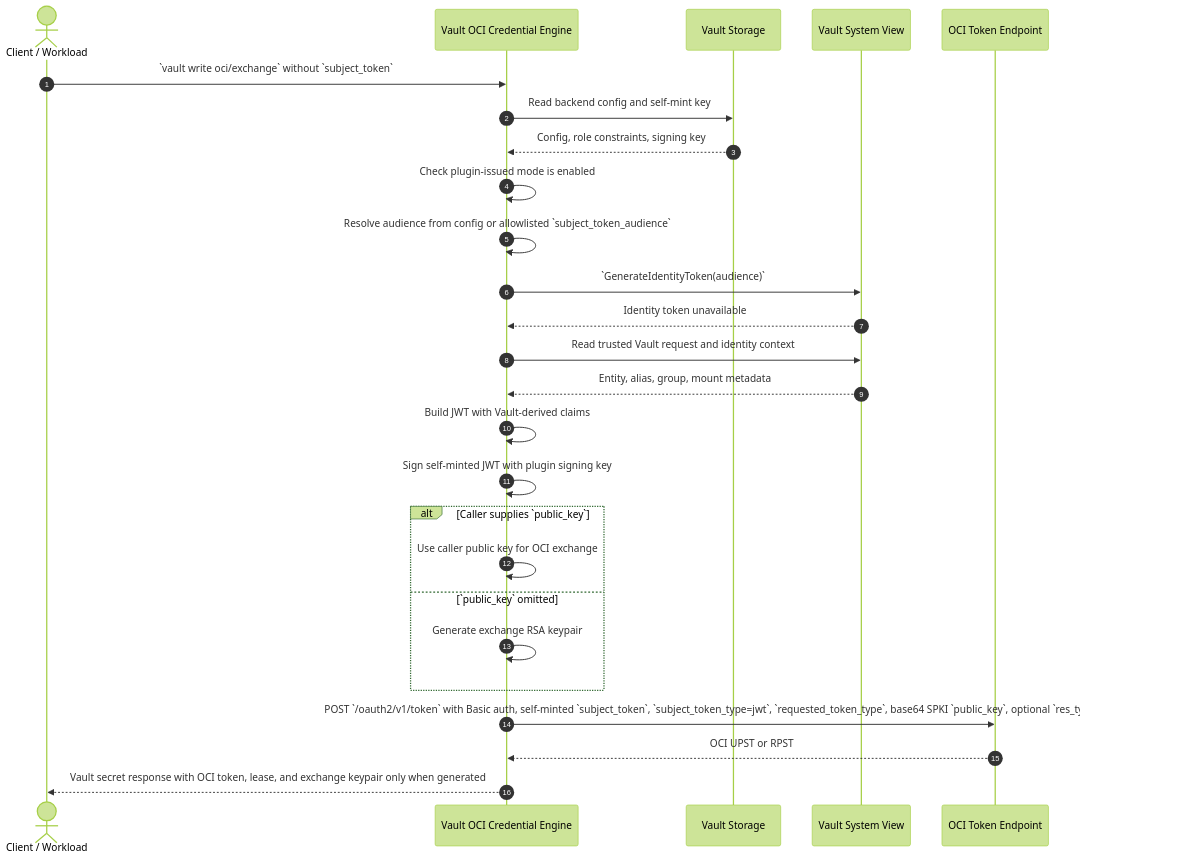
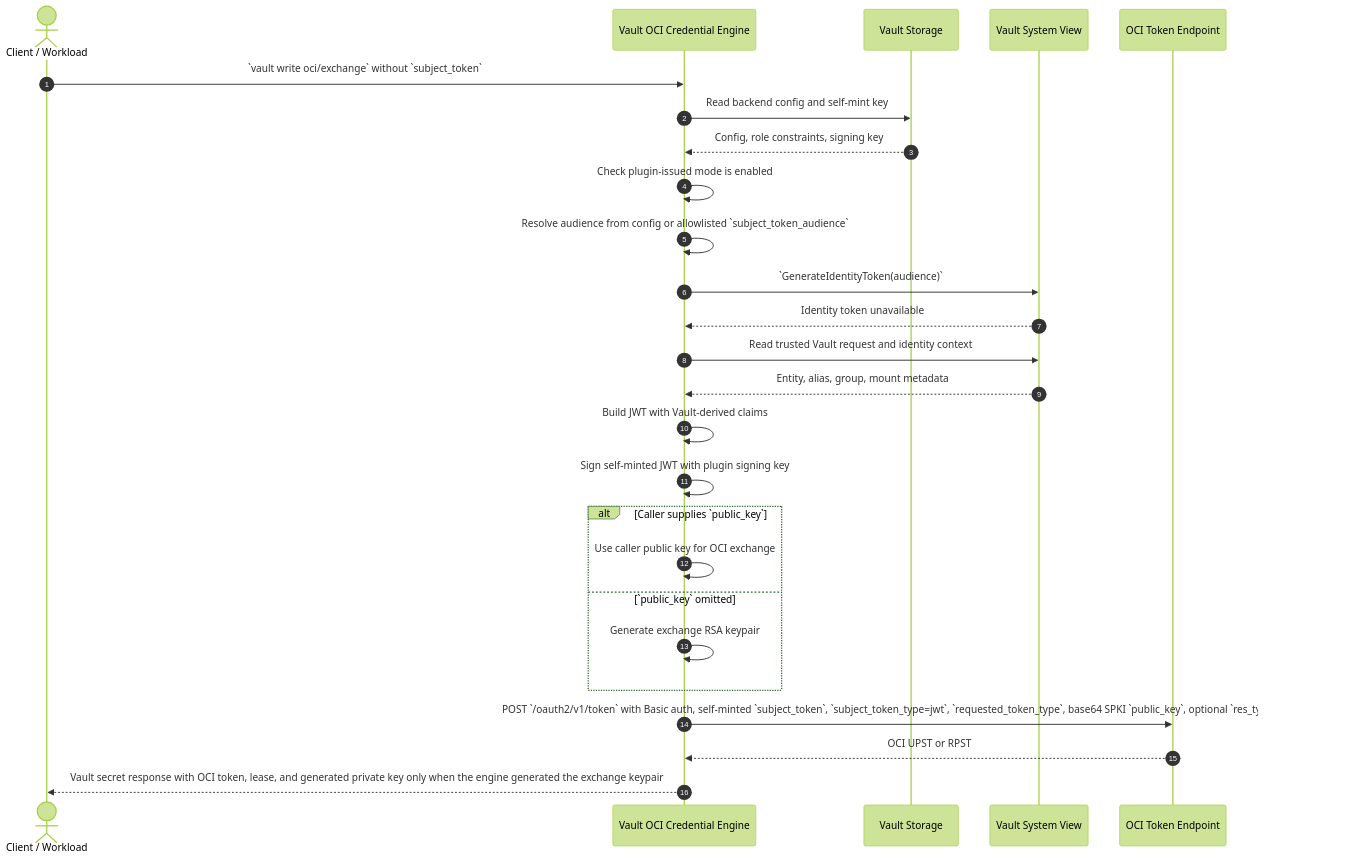
One commit to gtrevorrow/Hashicorp-OCI-credential-engine changed the fourth of 4 diagrams in README.md. Above: the diagram before and after it, drawn with Mermaid (forest theme). The commit also changed other lines of this file and 7 other files, not shown here.

Commit message:
refactor(exchange): stop returning generated public key

````diff
--- a/README.md
+++ b/README.md
@@ -111,29 +111,29 @@
 ```mermaid
 sequenceDiagram
     autonumber
     actor C as Client / Workload
     participant V as Vault OCI Credential Engine
     participant S as Vault Storage
     participant SV as Vault System View
     participant O as OCI Token Endpoint
 
     C->>V: `vault write oci/exchange` without `subject_token`
     V->>S: Read backend config and self-mint key
     S-->>V: Config, role constraints, signing key
     V->>V: Check plugin-issued mode is enabled
     V->>V: Resolve audience from config or allowlisted `subject_token_audience`
     V->>SV: `GenerateIdentityToken(audience)`
     SV-->>V: Identity token unavailable
     V->>SV: Read trusted Vault request and identity context
     SV-->>V: Entity, alias, group, mount metadata
     V->>V: Build JWT with Vault-derived claims
     V->>V: Sign self-minted JWT with plugin signing key
     alt Caller supplies `public_key`
         V->>V: Use caller public key for OCI exchange
     else `public_key` omitted
         V->>V: Generate exchange RSA keypair
     end
     V->>O: POST `/oauth2/v1/token` with Basic auth, self-minted `subject_token`, `subject_token_type=jwt`, `requested_token_type`, base64 SPKI `public_key`, optional `res_type`, RPST `rpst_exp`
     O-->>V: OCI UPST or RPST
-    V-->>C: Vault secret response with OCI token, lease, and exchange keypair only when generated
+    V-->>C: Vault secret response with OCI token, lease, and generated private key only when the engine generated the exchange keypair
 ```
````
